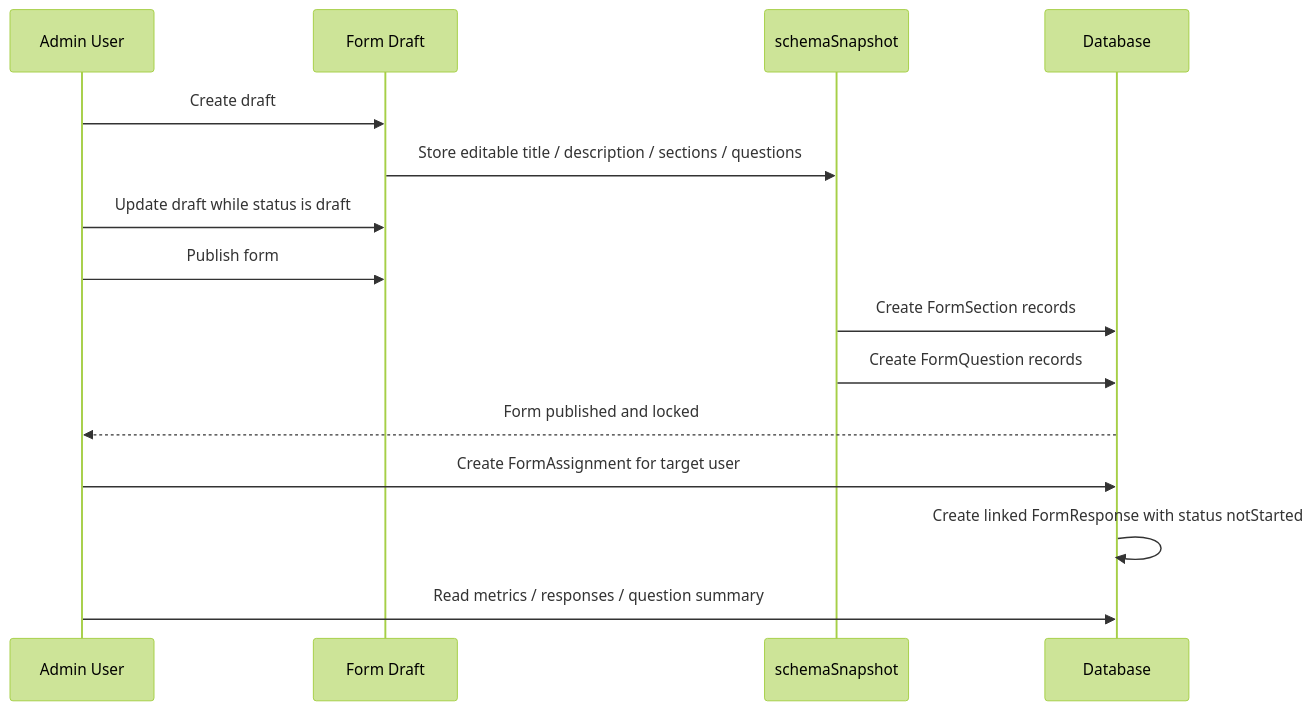
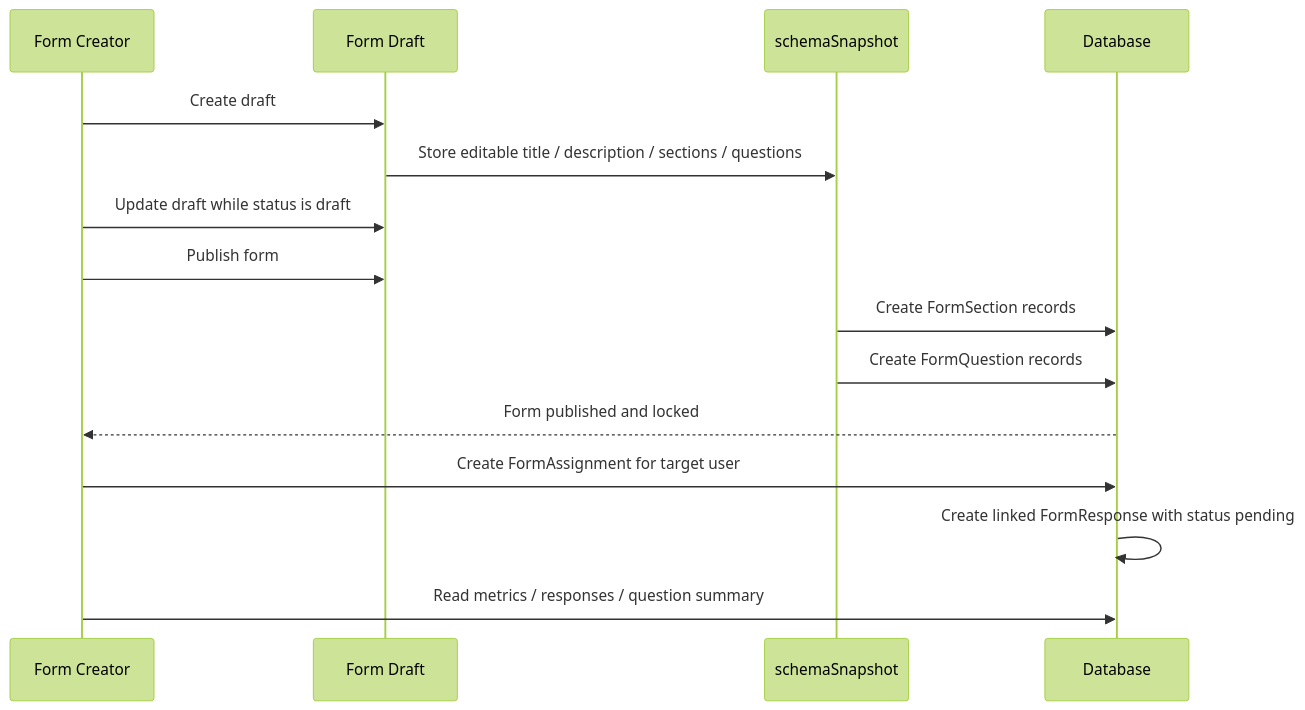
Before and after one commit to Gzerox/ack-nestjs-boilerplate: the first of 2 diagrams in docs/form.md, drawn with Mermaid (forest theme). The commit also changed other lines of this file and 13 other files, not shown here.

````diff
--- a/docs/form.md
+++ b/docs/form.md
@@ -212,18 +220,18 @@
 ```mermaid
 sequenceDiagram
-    participant Admin as Admin User
+    participant Creator as Form Creator
     participant Form as Form Draft
     participant Snapshot as schemaSnapshot
     participant Database
 
-    Admin->>Form: Create draft
+    Creator->>Form: Create draft
     Form->>Snapshot: Store editable title / description / sections / questions
-    Admin->>Form: Update draft while status is draft
-    Admin->>Form: Publish form
+    Creator->>Form: Update draft while status is draft
+    Creator->>Form: Publish form
     Snapshot->>Database: Create FormSection records
     Snapshot->>Database: Create FormQuestion records
-    Database-->>Admin: Form published and locked
-    Admin->>Database: Create FormAssignment for target user
-    Database->>Database: Create linked FormResponse with status notStarted
-    Admin->>Database: Read metrics / responses / question summary
+    Database-->>Creator: Form published and locked
+    Creator->>Database: Create FormAssignment for target user
+    Database->>Database: Create linked FormResponse with status pending
+    Creator->>Database: Read metrics / responses / question summary
 ```
````
